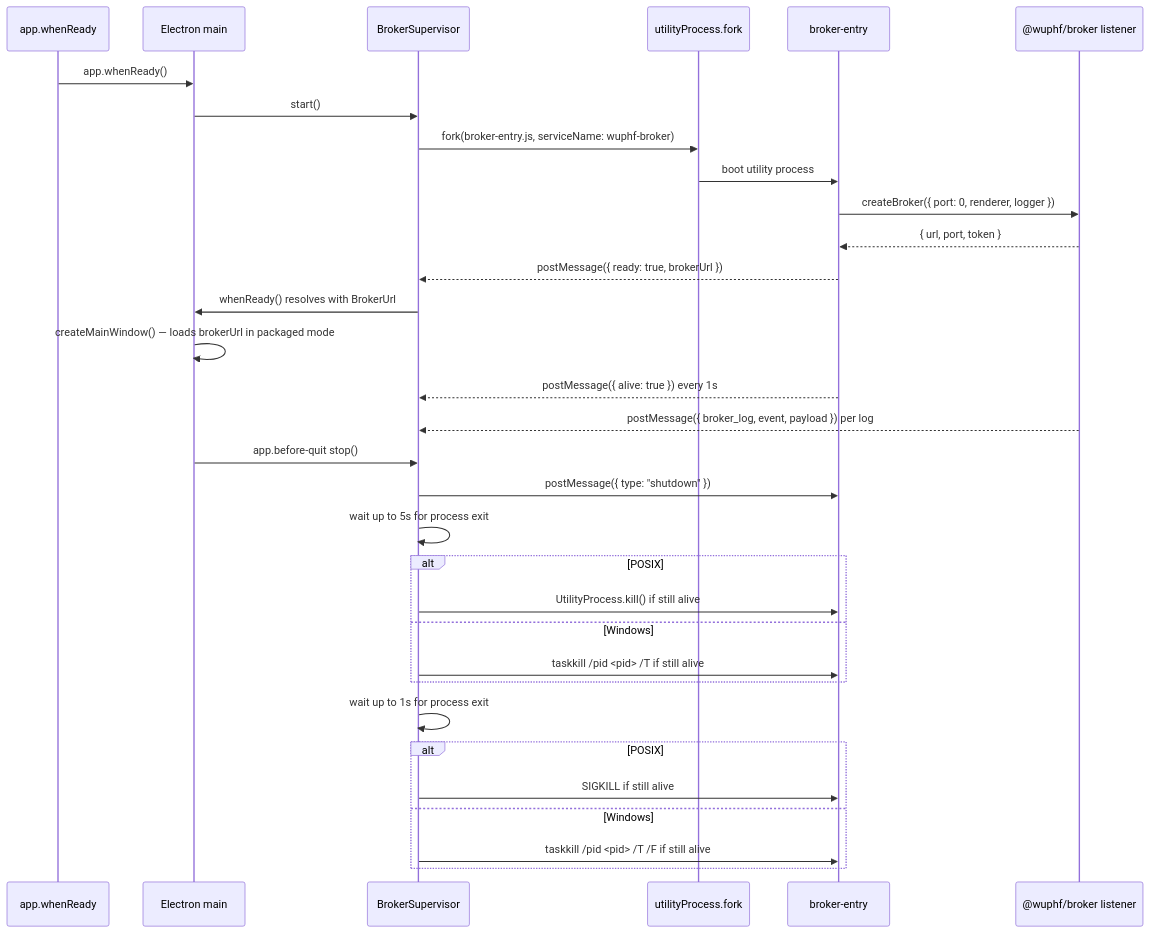
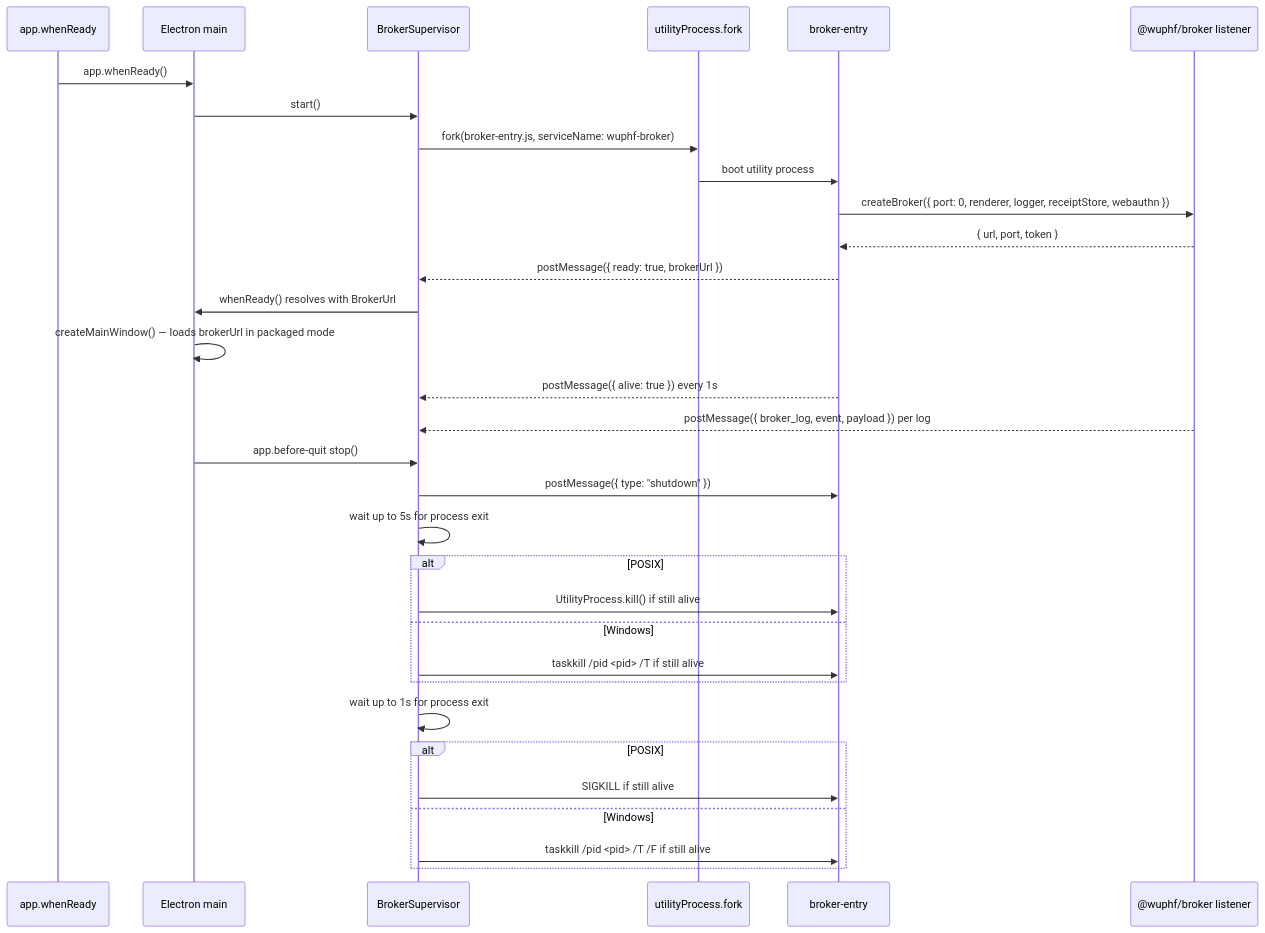
The diagram in apps/desktop/docs/modules/broker-spawn.md (nex-crm/wuphf), drawn with Mermaid before and after one commit. The commit also changed other lines of this file and 9 other files, not shown here.

First line of the commit message:
fix(desktop): mount webauthn broker routes

````diff
--- a/apps/desktop/docs/modules/broker-spawn.md
+++ b/apps/desktop/docs/modules/broker-spawn.md
@@ -8,35 +8,35 @@
 ```mermaid
 sequenceDiagram
   participant App as app.whenReady
   participant Main as Electron main
   participant Supervisor as BrokerSupervisor
   participant Utility as utilityProcess.fork
   participant Entry as broker-entry
   participant Listener as @wuphf/broker listener
 
   App->>Main: app.whenReady()
   Main->>Supervisor: start()
   Supervisor->>Utility: fork(broker-entry.js, serviceName: wuphf-broker)
   Utility->>Entry: boot utility process
-  Entry->>Listener: createBroker({ port: 0, renderer, logger })
+  Entry->>Listener: createBroker({ port: 0, renderer, logger, receiptStore, webauthn })
   Listener-->>Entry: { url, port, token }
   Entry-->>Supervisor: postMessage({ ready: true, brokerUrl })
   Supervisor->>Main: whenReady() resolves with BrokerUrl
   Main->>Main: createMainWindow() — loads brokerUrl in packaged mode
   Entry-->>Supervisor: postMessage({ alive: true }) every 1s
   Listener-->>Supervisor: postMessage({ broker_log, event, payload }) per log
   Main->>Supervisor: app.before-quit stop()
   Supervisor->>Entry: postMessage({ type: "shutdown" })
   Supervisor->>Supervisor: wait up to 5s for process exit
   alt POSIX
     Supervisor->>Entry: UtilityProcess.kill() if still alive
   else Windows
     Supervisor->>Entry: taskkill /pid <pid> /T if still alive
   end
   Supervisor->>Supervisor: wait up to 1s for process exit
   alt POSIX
     Supervisor->>Entry: SIGKILL if still alive
   else Windows
     Supervisor->>Entry: taskkill /pid <pid> /T /F if still alive
   end
 ```
````
